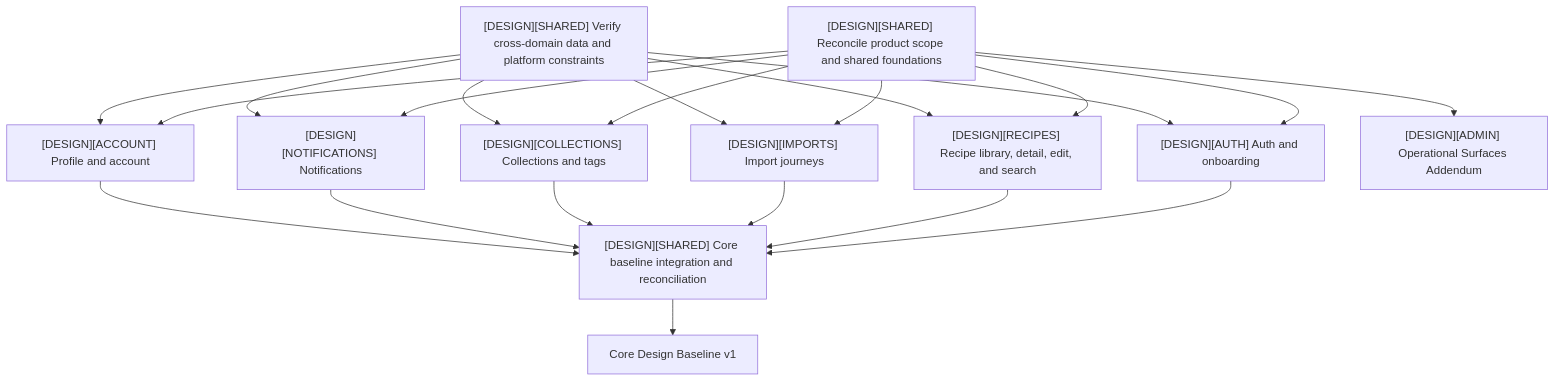
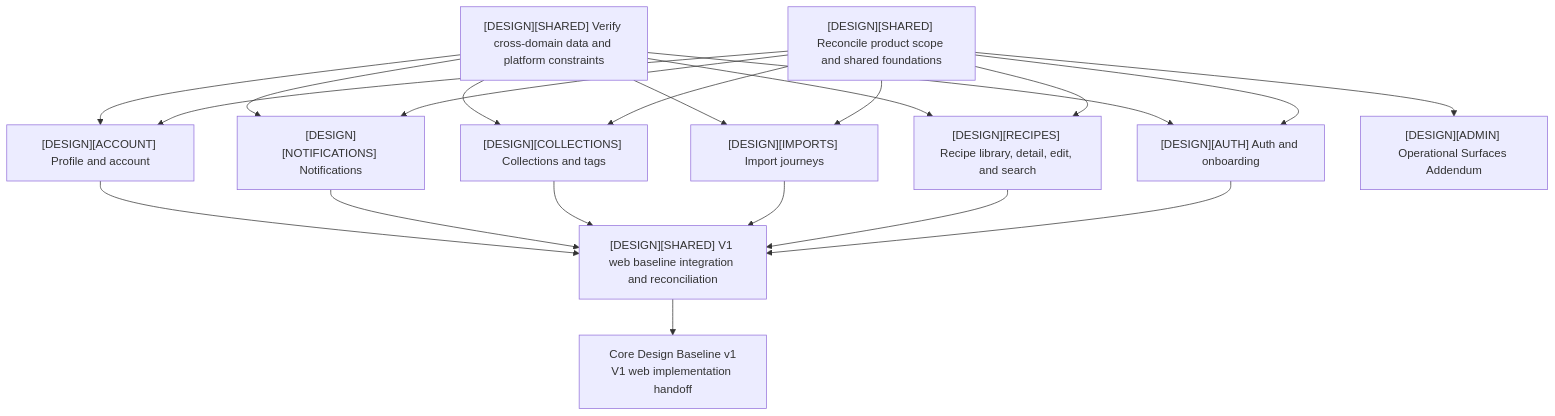
Before and after one commit to starkovalera/recipe-manager: the second of 2 diagrams in design/roadmap.md, drawn with Mermaid. The commit also changed other lines of this file and 18 other files, not shown here.

````diff
--- a/design/roadmap.md
+++ b/design/roadmap.md
@@ -59,29 +93,29 @@
 ```mermaid
 flowchart TD
   inventory["[DESIGN][SHARED] Reconcile product scope and shared foundations"]
   contracts["[DESIGN][SHARED] Verify cross-domain data and platform constraints"]
 
   inventory --> auth["[DESIGN][AUTH] Auth and onboarding"]
   inventory --> recipes["[DESIGN][RECIPES] Recipe library, detail, edit, and search"]
   inventory --> imports["[DESIGN][IMPORTS] Import journeys"]
   inventory --> collections["[DESIGN][COLLECTIONS] Collections and tags"]
   inventory --> notifications["[DESIGN][NOTIFICATIONS] Notifications"]
   inventory --> account["[DESIGN][ACCOUNT] Profile and account"]
 
   contracts --> auth
   contracts --> recipes
   contracts --> imports
   contracts --> collections
   contracts --> notifications
   contracts --> account
 
-  auth --> integration["[DESIGN][SHARED] Core baseline integration and reconciliation"]
+  auth --> integration["[DESIGN][SHARED] V1 web baseline integration and reconciliation"]
   recipes --> integration
   imports --> integration
   collections --> integration
   notifications --> integration
   account --> integration
 
-  integration --> handoff["Core Design Baseline v1"]
+  integration --> handoff["Core Design Baseline v1<br/>V1 web implementation handoff"]
   inventory --> operations["[DESIGN][ADMIN] Operational Surfaces Addendum"]
 ```
````
